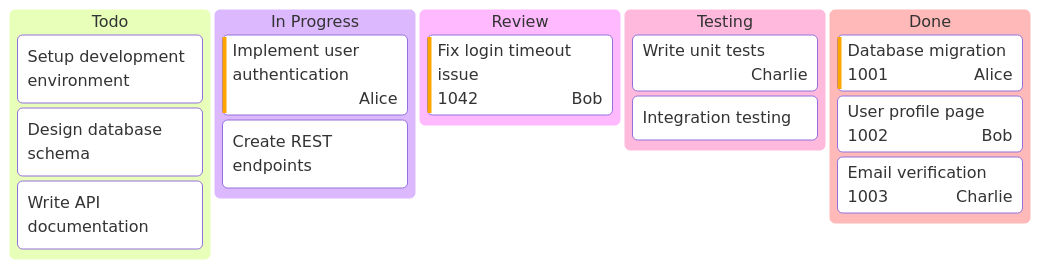
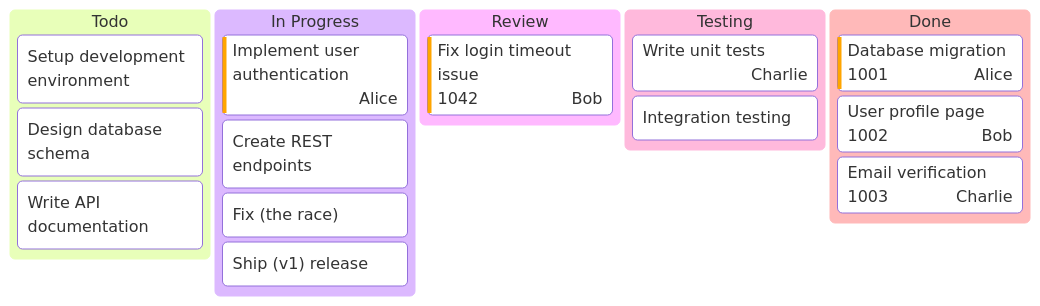
Diagram 13 of 26 in tests/fixtures/mermaid-templates.md (mrdanpsmith/edi), drawn with Mermaid before and after one commit. The commit also changed 11 other files, not shown here.

````diff
--- a/tests/fixtures/mermaid-templates.md
+++ b/tests/fixtures/mermaid-templates.md
@@ -187,19 +187,21 @@
 ```mermaid
 kanban
   Todo
     [Setup development environment]
     [Design database schema]
     docs[Write API documentation]
   [In Progress]
     feature1[Implement user authentication]@{ assigned: 'Alice', priority: 'High' }
     feature2[Create REST endpoints]
+    ["Fix (the race)"]
+    ["Ship (v1) release"]
   [Review]
     bugfix1[Fix login timeout issue]@{ ticket: 1042, assigned: 'Bob', priority: 'High' }
   [Testing]
     test1[Write unit tests]@{ assigned: 'Charlie' }
     test2[Integration testing]@{ priority: 'Medium' }
   [Done]
     completed1[Database migration]@{ ticket: 1001, assigned: 'Alice', priority: 'High' }
     completed2[User profile page]@{ ticket: 1002, assigned: 'Bob' }
     completed3[Email verification]@{ ticket: 1003, assigned: 'Charlie', priority: 'Medium' }
 ```
````
